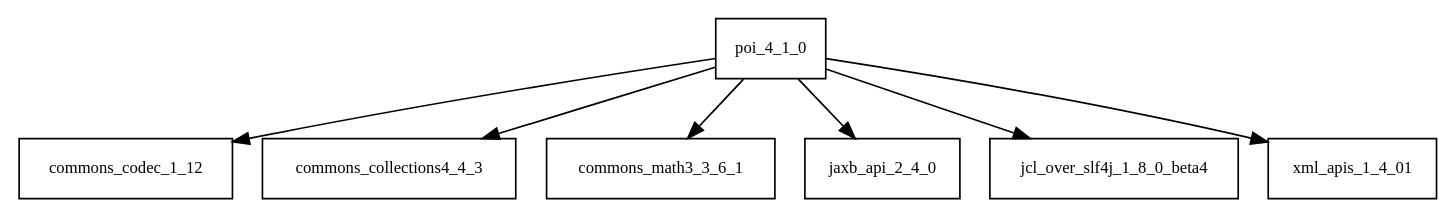
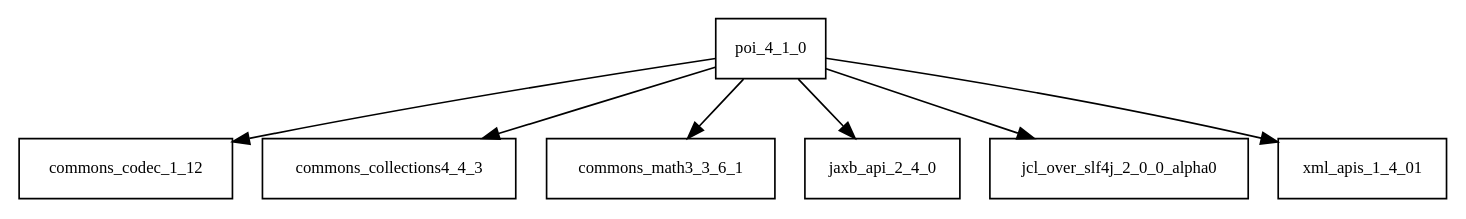
One commit to Hack23/cia changed the diagram in tattleTaleReport/graphviz/poi-4.1.0.jar/poi-4.1.0.jar.dot. Above: the diagram before and after it, drawn with Graphviz. The commit also changed 4856 other files, not shown here.

```diff
--- a/tattleTaleReport/graphviz/poi-4.1.0.jar/poi-4.1.0.jar.dot
+++ b/tattleTaleReport/graphviz/poi-4.1.0.jar/poi-4.1.0.jar.dot
@@ -1,9 +1,9 @@
 digraph poi_4_1_0_dependencies {
   node [shape = box, fontsize=10.0];
   poi_4_1_0 -> commons_codec_1_12;
   poi_4_1_0 -> commons_collections4_4_3;
   poi_4_1_0 -> commons_math3_3_6_1;
   poi_4_1_0 -> jaxb_api_2_4_0;
-  poi_4_1_0 -> jcl_over_slf4j_1_8_0_beta4;
+  poi_4_1_0 -> jcl_over_slf4j_2_0_0_alpha0;
   poi_4_1_0 -> xml_apis_1_4_01;
 }
```
